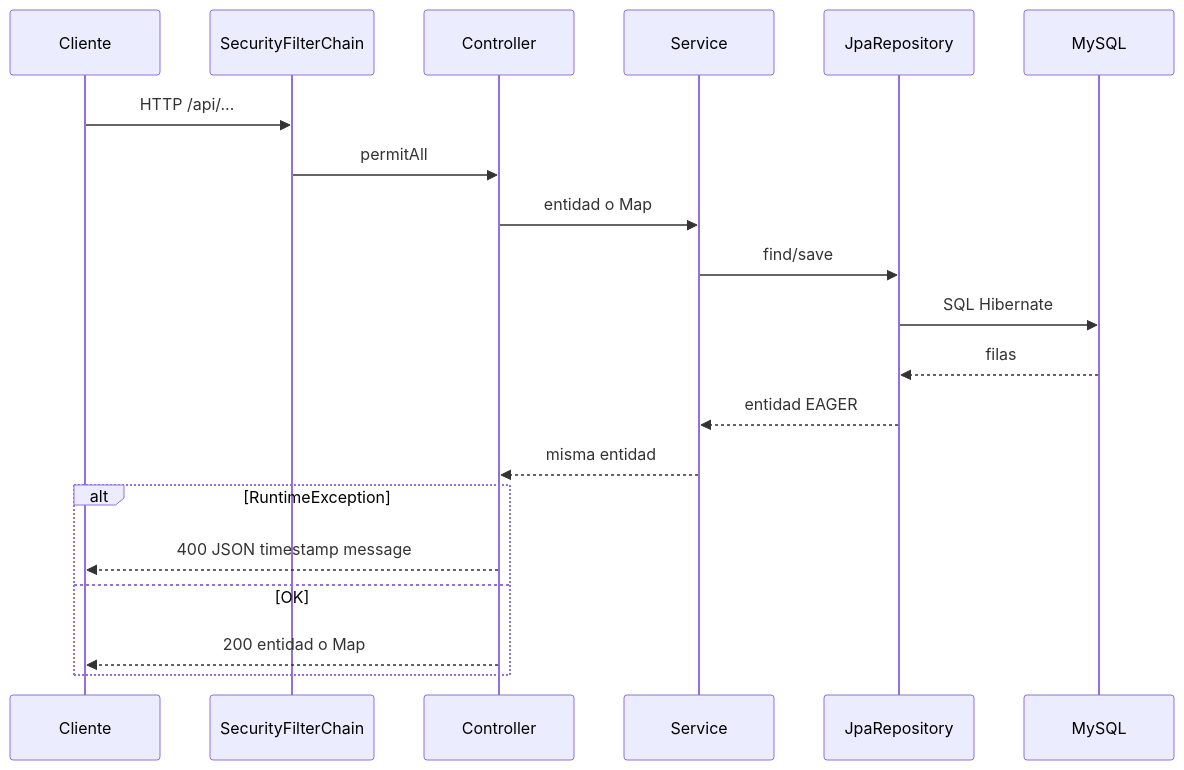
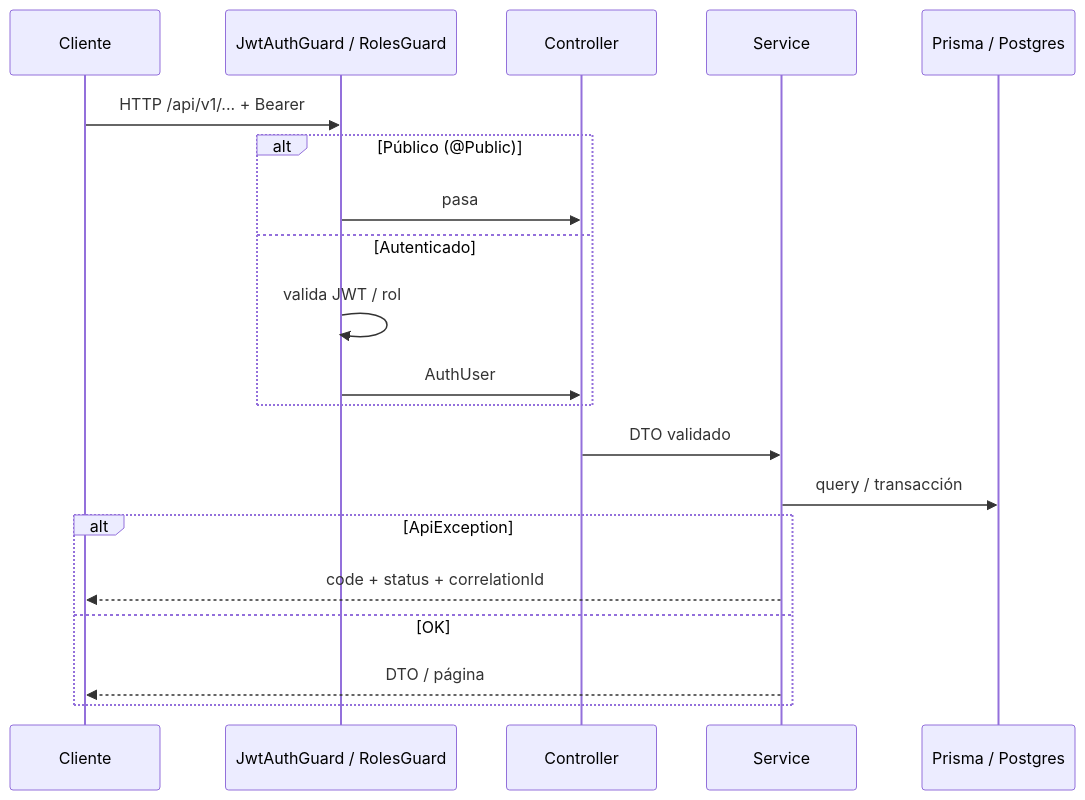
The second of 3 diagrams in docs/01-ARQUITECTURA-API.md (julianmeoficial/minimalecommerceapi), drawn with Mermaid before and after one commit. The commit also changed other lines of this file and 19 other files, not shown here.

````diff
--- a/docs/01-ARQUITECTURA-API.md
+++ b/docs/01-ARQUITECTURA-API.md
@@ -43,23 +53,23 @@
 ```mermaid
 sequenceDiagram
   participant C as Cliente
-  participant S as SecurityFilterChain
+  participant G as JwtAuthGuard / RolesGuard
   participant Ctrl as Controller
   participant Svc as Service
-  participant Repo as JpaRepository
-  participant DB as MySQL
+  participant DB as Prisma / Postgres
 
-  C->>S: HTTP /api/...
-  S->>Ctrl: permitAll
-  Ctrl->>Svc: entidad o Map
-  Svc->>Repo: find/save
-  Repo->>DB: SQL Hibernate
-  DB-->>Repo: filas
-  Repo-->>Svc: entidad EAGER
-  Svc-->>Ctrl: misma entidad
-  alt RuntimeException
-    Ctrl-->>C: 400 JSON timestamp message
+  C->>G: HTTP /api/v1/... + Bearer
+  alt Público (@Public)
+    G->>Ctrl: pasa
+  else Autenticado
+    G->>G: valida JWT / rol
+    G->>Ctrl: AuthUser
+  end
+  Ctrl->>Svc: DTO validado
+  Svc->>DB: query / transacción
+  alt ApiException
+    Svc-->>C: code + status + correlationId
   else OK
-    Ctrl-->>C: 200 entidad o Map
+    Svc-->>C: DTO / página
   end
 ```
````
